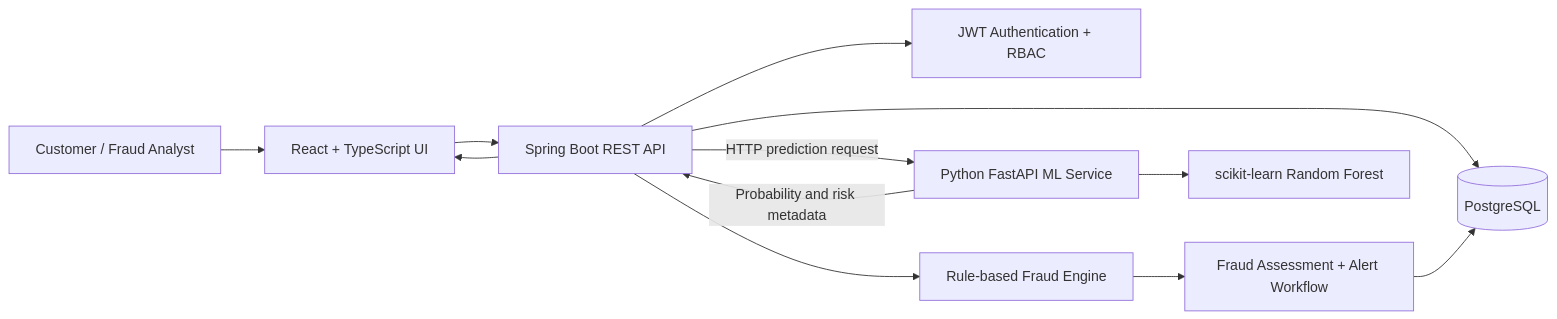
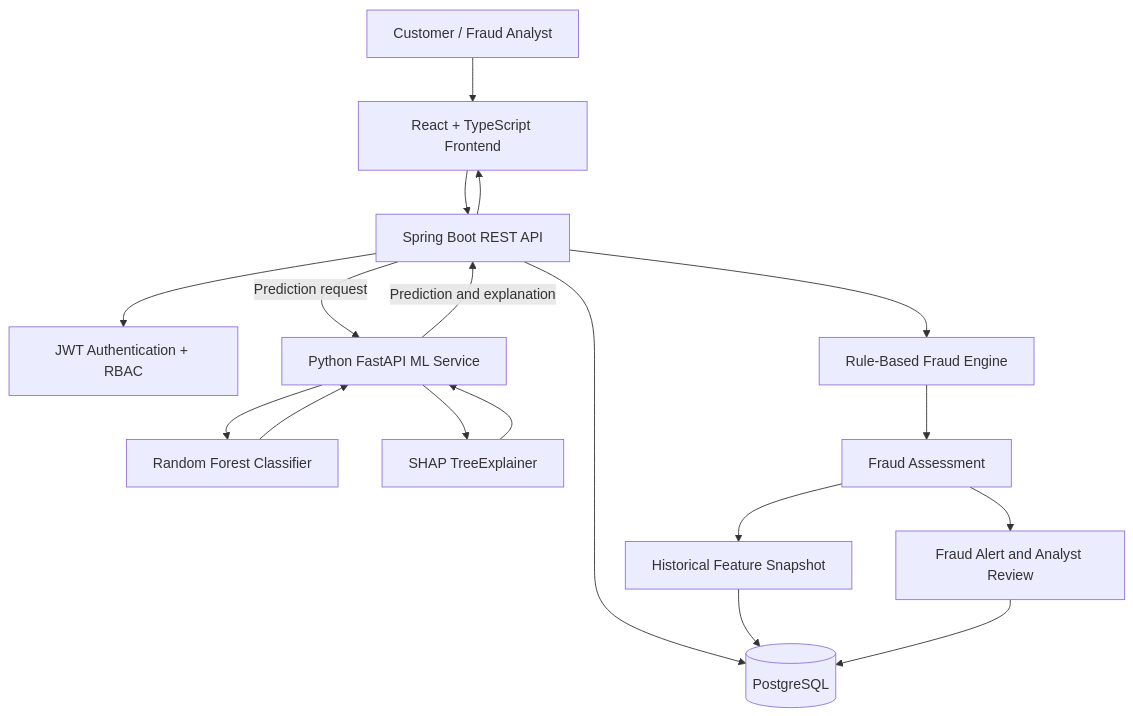
Before and after one commit to anurag-2705/FinSentinel: the diagram in README.md, drawn with Mermaid. The commit also changed other lines of this file, not shown here.

Commit message:
docs: update README with SHAP explainability and ML architecture

````diff
--- a/README.md
+++ b/README.md
@@ -103,14 +126,33 @@
 ```mermaid
-flowchart LR
-    U[Customer / Fraud Analyst] --> FE[React + TypeScript UI]
-    FE --> API[Spring Boot REST API]
-    API --> AUTH[JWT Authentication + RBAC]
-    API --> DB[(PostgreSQL)]
-    API --> RULES[Rule-based Fraud Engine]
-    RULES --> ASSESS[Fraud Assessment + Alert Workflow]
-    API -->|HTTP prediction request| ML[Python FastAPI ML Service]
-    ML --> MODEL[scikit-learn Random Forest]
-    ASSESS --> DB
-    ML -->|Probability and risk metadata| API
+flowchart TD
+    U[Customer / Fraud Analyst]
+    FE[React + TypeScript Frontend]
+    API[Spring Boot REST API]
+    AUTH[JWT Authentication + RBAC]
+    DB[(PostgreSQL)]
+    RULES[Rule-Based Fraud Engine]
+    ML[Python FastAPI ML Service]
+    MODEL[Random Forest Classifier]
+    SHAP[SHAP TreeExplainer]
+    ASSESS[Fraud Assessment]
+    SNAP[Historical Feature Snapshot]
+    ALERT[Fraud Alert and Analyst Review]
+
+    U --> FE
+    FE --> API
+    API --> AUTH
+    API --> DB
+    API --> RULES
+    RULES --> ASSESS
+    API -->|Prediction request| ML
+    ML --> MODEL
+    ML --> SHAP
+    MODEL --> ML
+    SHAP --> ML
+    ML -->|Prediction and explanation| API
+    ASSESS --> SNAP
+    ASSESS --> ALERT
+    SNAP --> DB
+    ALERT --> DB
     API --> FE
 ```
````
